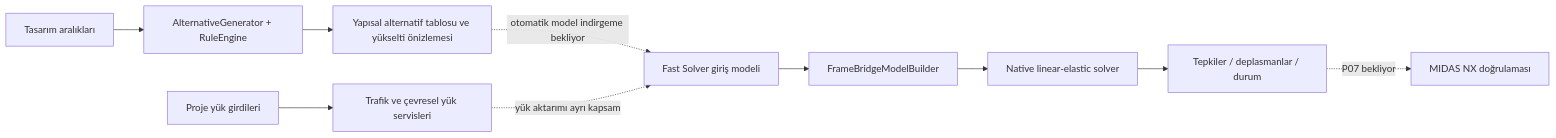
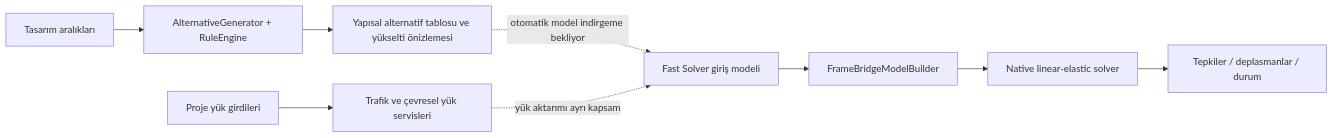
Before and after one commit to zharput/KOPRUQ: the fourth of 5 diagrams in README.md, drawn with Mermaid. The commit also changed other lines of this file and 50 other files, not shown here.

````diff
--- a/README.md
+++ b/README.md
@@ -99,12 +97,11 @@
 ```mermaid
 flowchart LR
     DESIGN[Tasarım aralıkları] --> GEN[AlternativeGenerator + RuleEngine]
     GEN --> ALT[Yapısal alternatif tablosu ve yükselti önizlemesi]
     LOAD[Proje yük girdileri] --> RESOLVE[Trafik ve çevresel yük servisleri]
     FRAME[Fast Solver giriş modeli] --> BUILDER[FrameBridgeModelBuilder]
     BUILDER --> ENGINE[Native linear-elastic solver]
     ENGINE --> RESULT[Tepkiler / deplasmanlar / durum]
     ALT -. otomatik model indirgeme bekliyor .-> FRAME
     RESOLVE -. yük aktarımı ayrı kapsam .-> FRAME
-    RESULT -. P07 bekliyor .-> VERIFY[MIDAS NX doğrulaması]
 ```
````
